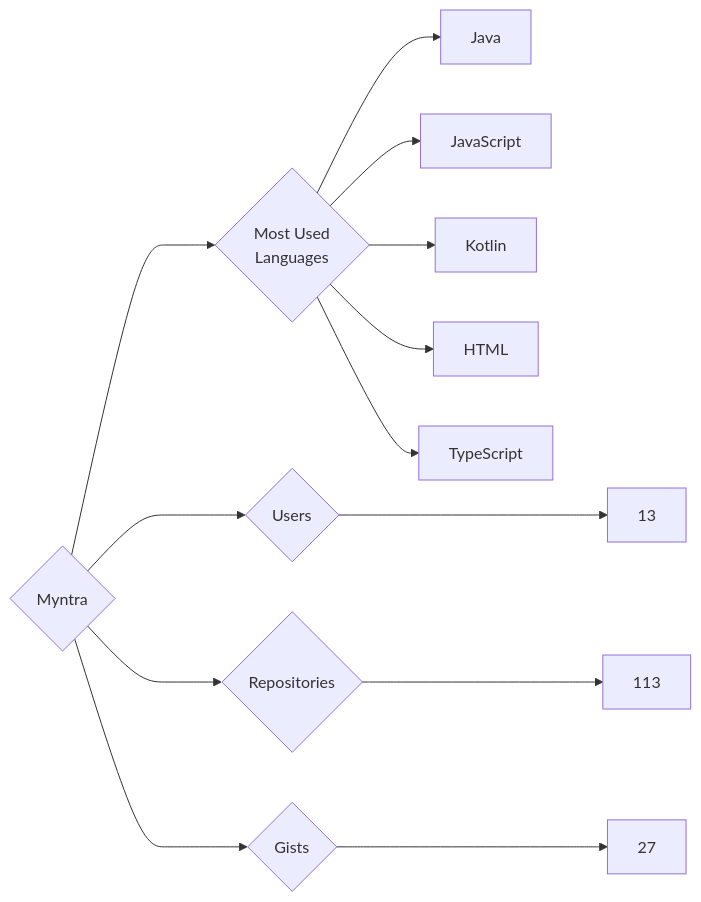
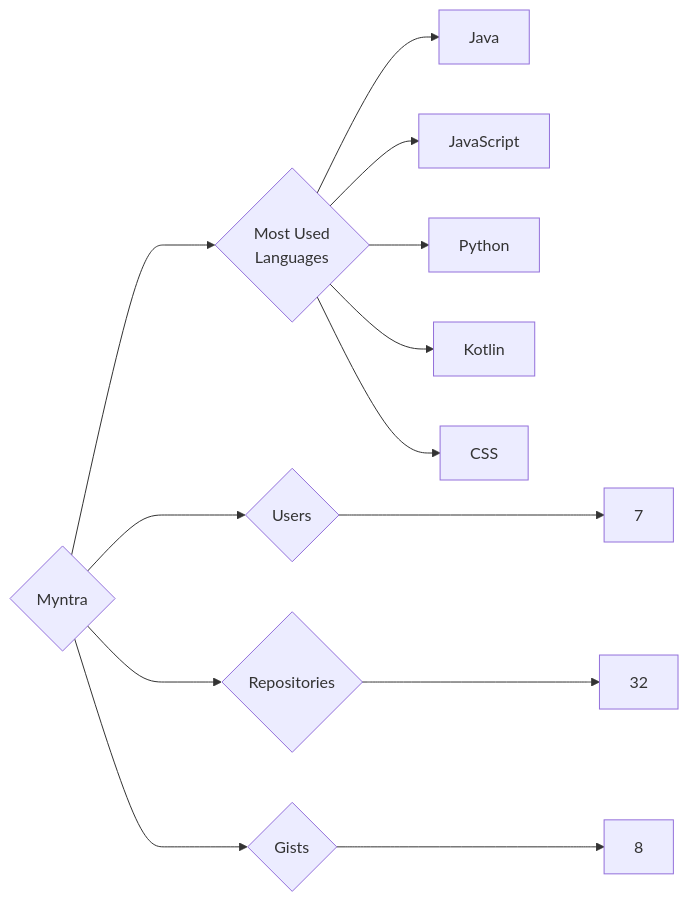
Before and after one commit to trickest/insiders: the diagram in targets/Myntra/README.md, drawn with Mermaid. The commit also changed 1496 other files, not shown here.

````diff
--- a/targets/Myntra/README.md
+++ b/targets/Myntra/README.md
@@ -3,13 +3,13 @@
 ```mermaid
 graph LR
 COMPANY_NAME{Myntra}
-COMPANY_NAME ---> U{Users} ---> UN[13]
-COMPANY_NAME ---> R{Repositories} ---> RN[113]
-COMPANY_NAME ---> G{Gists} ---> GN[27]
+COMPANY_NAME ---> U{Users} ---> UN[7]
+COMPANY_NAME ---> R{Repositories} ---> RN[32]
+COMPANY_NAME ---> G{Gists} ---> GN[8]
 COMPANY_NAME ---> ML{Most Used<br>Languages}
 ML --> Java[Java]
 ML --> JavaScript[JavaScript]
+ML --> Python[Python]
 ML --> Kotlin[Kotlin]
-ML --> HTML[HTML]
-ML --> TypeScript[TypeScript]
+ML --> CSS[CSS]
 ```
````
